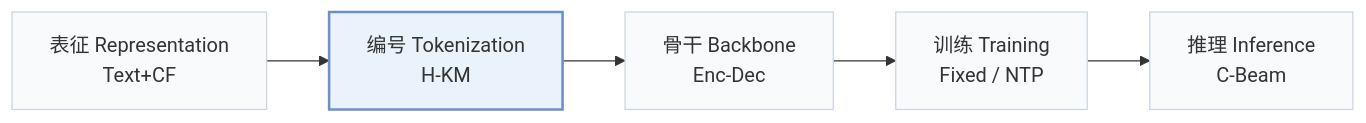
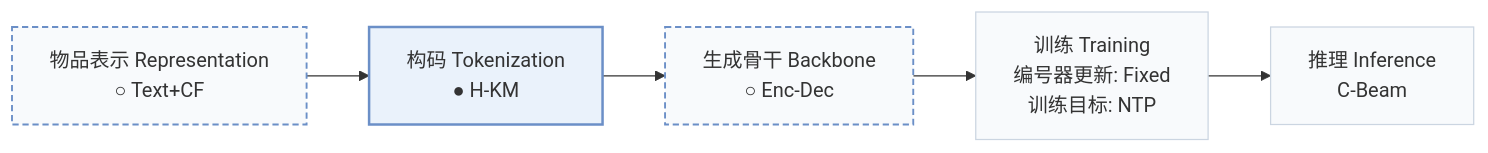
One commit to Galaxy-ghost/Awesome-SID-Generative-Rec changed the first of 3 diagrams in pages/zh/papers/gram.md. Above: the diagram before and after it, drawn with Mermaid. The commit also changed other lines of this file and 558 other files, not shown here.

````diff
--- a/pages/zh/papers/gram.md
+++ b/pages/zh/papers/gram.md
@@ -15,8 +18,10 @@
 ```mermaid
 flowchart LR
-    R["表征 Representation<br/>Text+CF"] --> T["编号 Tokenization<br/>H-KM"] --> B["骨干 Backbone<br/>Enc-Dec"] --> TR["训练 Training<br/>Fixed / NTP"] --> I["推理 Inference<br/>C-Beam"]
+    R["物品表示 Representation<br/>○ Text+CF"] --> T["构码 Tokenization<br/>● H-KM"] --> B["生成骨干 Backbone<br/>○ Enc-Dec"] --> TR["训练 Training<br/>编号器更新: Fixed<br/>训练目标: NTP"] --> I["推理 Inference<br/>C-Beam"]
     classDef base fill:#f8fafc,stroke:#cbd5e1
     class R,T,B,TR,I base
+    classDef other fill:#f8fafc,stroke:#6b8fc7,stroke-width:1.5px,stroke-dasharray:5 3
+    class R,B other
     classDef main fill:#eaf2fb,stroke:#6b8fc7,stroke-width:2px
     class T main
 ```
````
